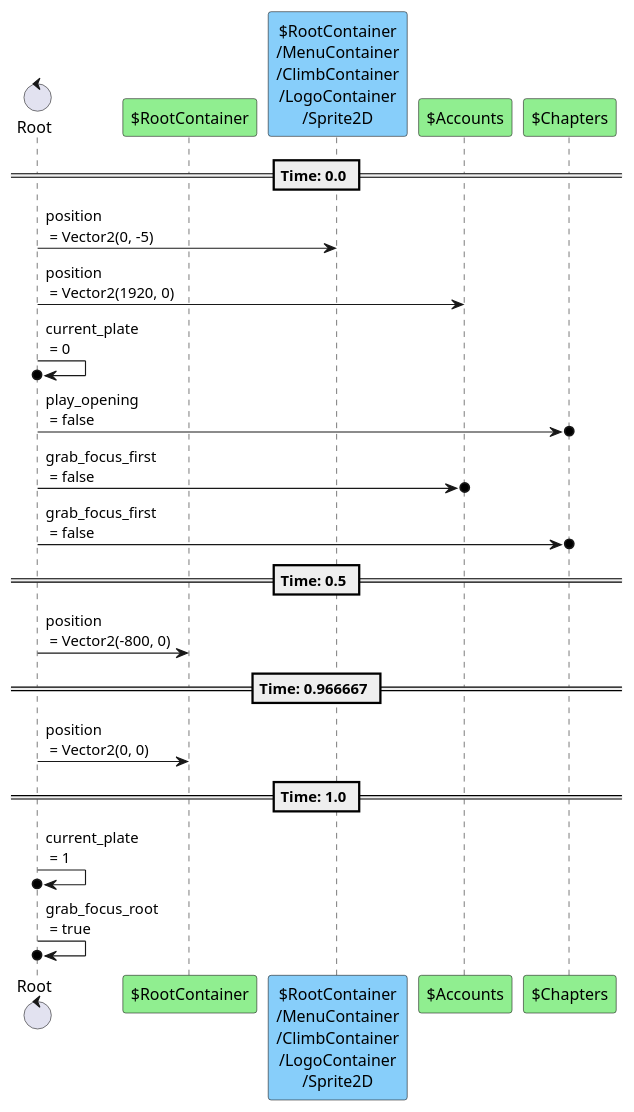
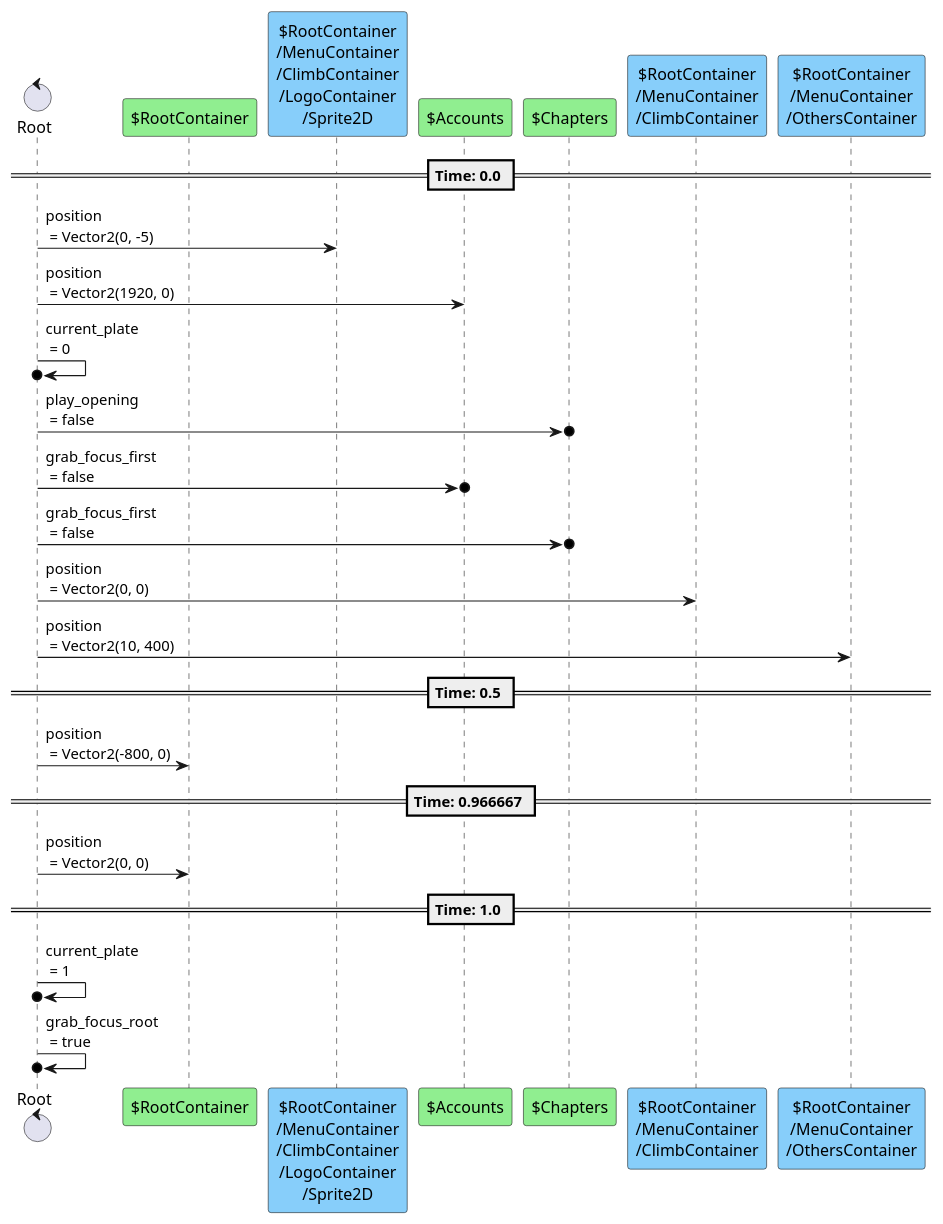
Before and after one commit to tkmfujise/Platformer-Game-Learning: the tenth of 10 diagrams in content/scenes/src/beginning/menu/menu.tscn.adoc, drawn with PlantUML. The commit also changed other lines of this file and 322 other files, not shown here.

```diff
--- a/content/scenes/src/beginning/menu/menu.tscn.adoc
+++ b/content/scenes/src/beginning/menu/menu.tscn.adoc
@@ -601,27 +634,31 @@
 [plantuml]
 ....
 control "Root" as R
 participant "$RootContainer" as T0 #90EE90
 participant "$RootContainer\n/MenuContainer\n/ClimbContainer\n/LogoContainer\n/Sprite2D" as T1 #87CEFA
 participant "$Accounts" as T2 #90EE90
 participant "$Chapters" as T5 #90EE90
+participant "$RootContainer\n/MenuContainer\n/ClimbContainer" as T8 #87CEFA
+participant "$RootContainer\n/MenuContainer\n/OthersContainer" as T9 #87CEFA
 
 
 
 == Time: 0.0 ==
 R  ->  T1 : position\n = Vector2(0, -5)
 R  ->  T2 : position\n = Vector2(1920, 0)
 R  ->o  R : current_plate\n = 0
 R  ->o  T5 : play_opening\n = false
 R  ->o  T2 : grab_focus_first\n = false
 R  ->o  T5 : grab_focus_first\n = false
+R  ->  T8 : position\n = Vector2(0, 0)
+R  ->  T9 : position\n = Vector2(10, 400)
 == Time: 0.5 ==
 R  ->  T0 : position\n = Vector2(-800, 0)
 == Time: 0.966667 ==
 R  ->  T0 : position\n = Vector2(0, 0)
 == Time: 1.0 ==
 R  ->o  R : current_plate\n = 1
 R  ->o  R : grab_focus_root\n = true
 
 
 ....
```
